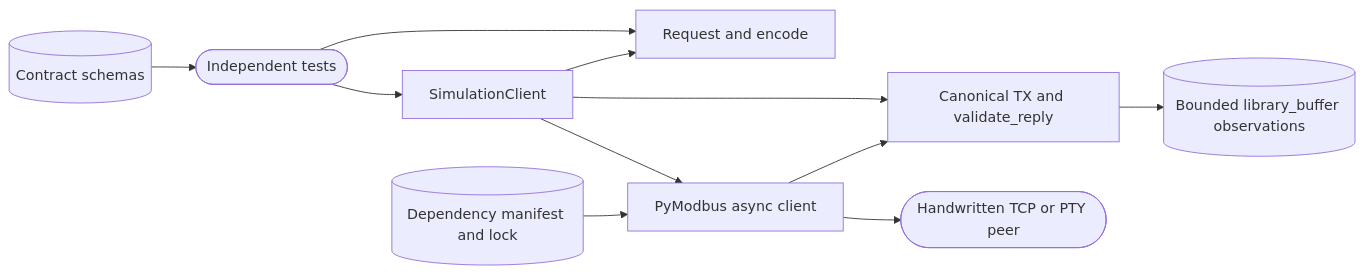
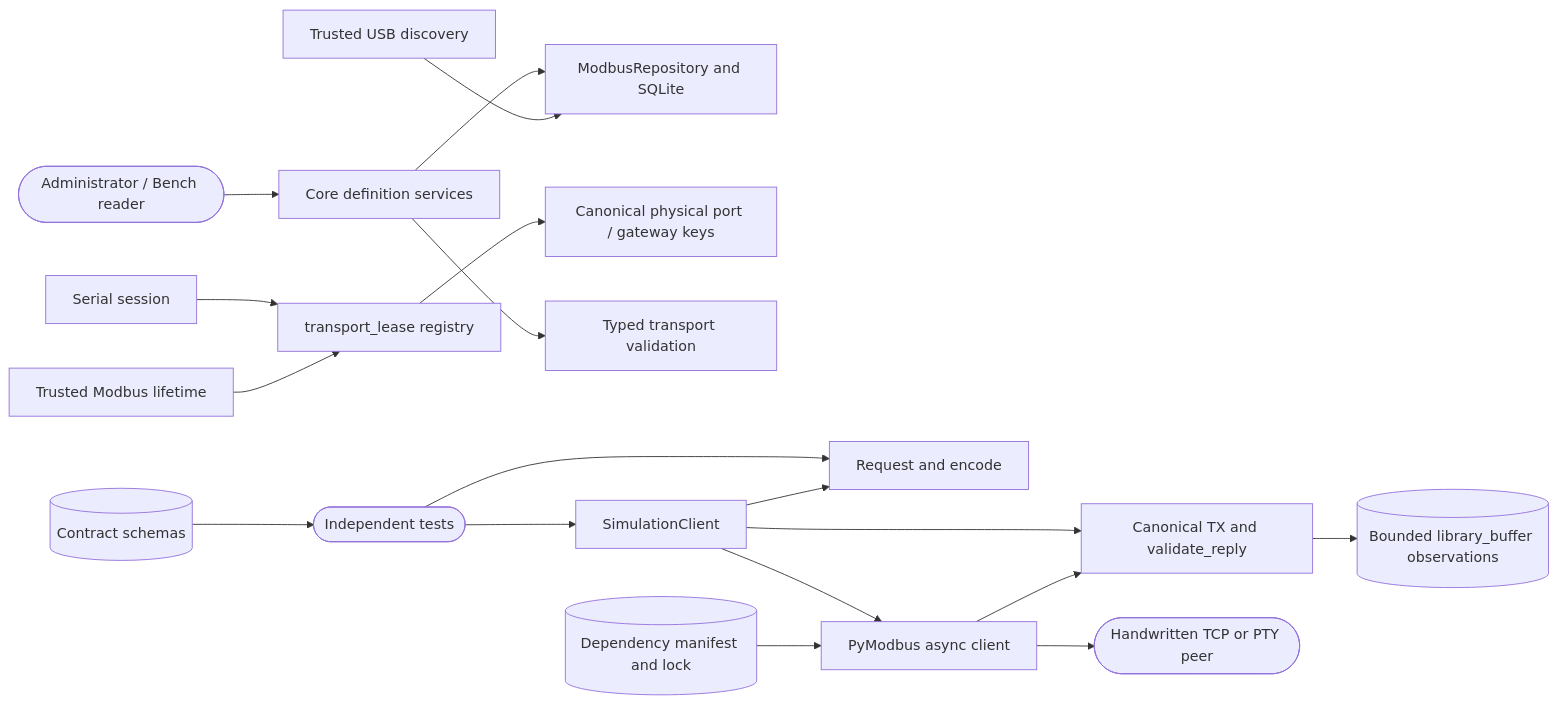
One commit to DDP-Engineering/2026_Networked_Intelligent_Lab_Orchestrator changed the diagram in .agentic/knowledge/modbus-integration.md. Above: the diagram before and after it, drawn with Mermaid. The commit also changed other lines of this file and 35 other files, not shown here.

First line of the commit message:
Implement MB-02 endpoint profiles and shared transport claims

````diff
--- a/.agentic/knowledge/modbus-integration.md
+++ b/.agentic/knowledge/modbus-integration.md
@@ -78,13 +119,20 @@
 ```mermaid
 flowchart LR
+    admin([Administrator / Bench reader]) --> definitions[Core definition services]
+    definitions --> storage[ModbusRepository and SQLite]
+    discovery[Trusted USB discovery] --> storage
+    serial[Serial session] --> claims[transport_lease registry]
+    consumer[Trusted Modbus lifetime] --> claims
+    claims --> keys[Canonical physical port / gateway keys]
+    definitions --> models[Typed transport validation]
     tests([Independent tests]) --> requests[Request and encode]
     tests --> client[SimulationClient]
     client --> requests
     client --> checks[Canonical TX and validate_reply]
     client --> library[PyModbus async client]
     library --> peer([Handwritten TCP or PTY peer])
     library --> checks
     checks --> trace[(Bounded library_buffer observations)]
     schemas[(Contract schemas)] --> tests
     pins[(Dependency manifest and lock)] --> library
 ```
````
